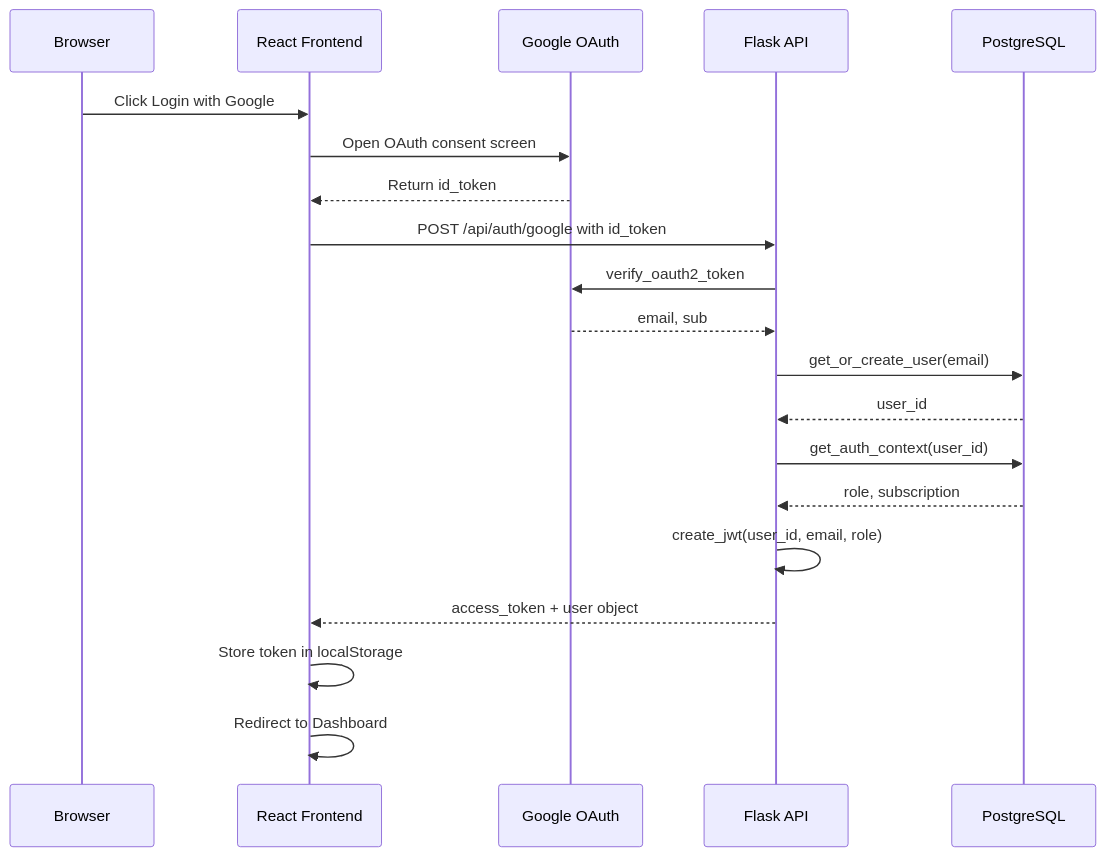
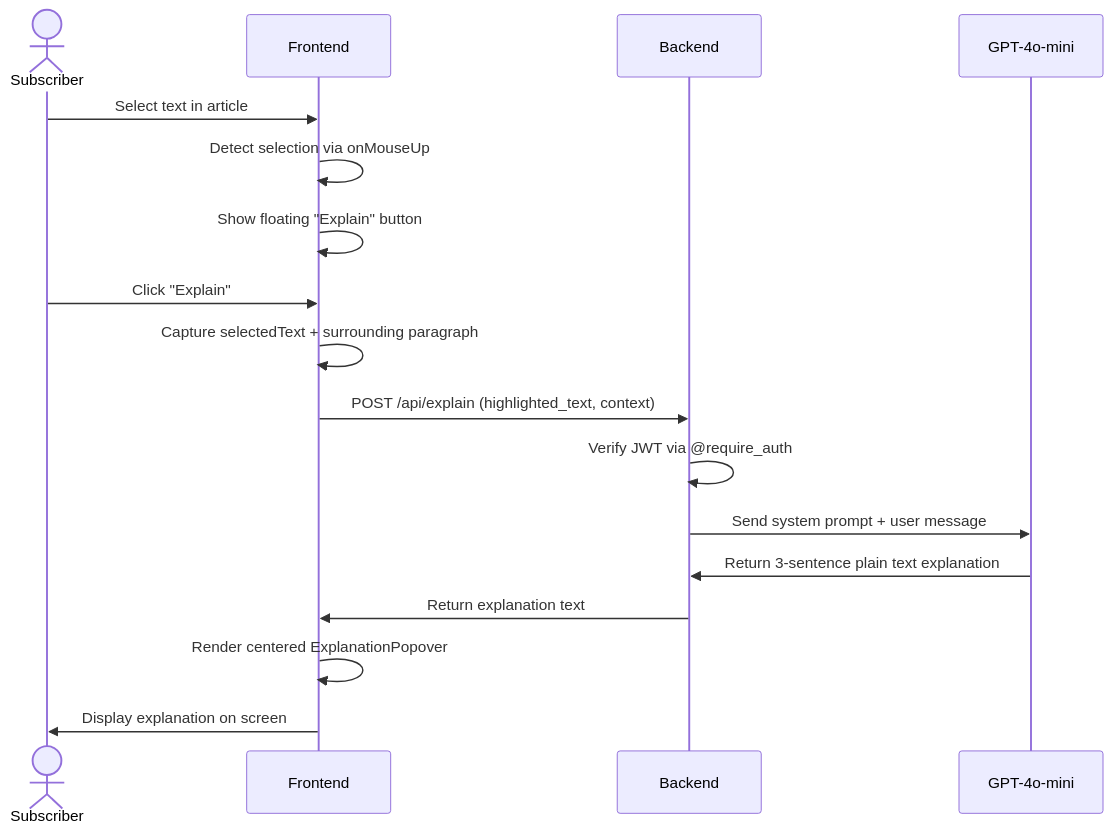
Before and after one commit to pradnyeshbhalekar/looplearn-fe: the tenth of 13 diagrams in blackbook.md, drawn with Mermaid. The commit also changed other lines of this file, not shown here.

````diff
--- a/blackbook.md
+++ b/blackbook.md
@@ -560,23 +1109,20 @@
 ```mermaid
 sequenceDiagram
-    participant User as Browser
-    participant FE as React Frontend
-    participant Google as Google OAuth
-    participant API as Flask API
-    participant DB as PostgreSQL
+    actor Subscriber
+    participant Frontend
+    participant Backend
+    participant GPT4oMini as GPT-4o-mini
 
-    User->>FE: Click Login with Google
-    FE->>Google: Open OAuth consent screen
-    Google-->>FE: Return id_token
-    FE->>API: POST /api/auth/google with id_token
-    API->>Google: verify_oauth2_token
-    Google-->>API: email, sub
-    API->>DB: get_or_create_user(email)
-    DB-->>API: user_id
-    API->>DB: get_auth_context(user_id)
-    DB-->>API: role, subscription
-    API->>API: create_jwt(user_id, email, role)
-    API-->>FE: access_token + user object
-    FE->>FE: Store token in localStorage
-    FE->>FE: Redirect to Dashboard
+    Subscriber->>Frontend: Select text in article
+    Frontend->>Frontend: Detect selection via onMouseUp
+    Frontend->>Frontend: Show floating "Explain" button
+    Subscriber->>Frontend: Click "Explain"
+    Frontend->>Frontend: Capture selectedText + surrounding paragraph
+    Frontend->>Backend: POST /api/explain (highlighted_text, context)
+    Backend->>Backend: Verify JWT via @require_auth
+    Backend->>GPT4oMini: Send system prompt + user message
+    GPT4oMini->>Backend: Return 3-sentence plain text explanation
+    Backend->>Frontend: Return explanation text
+    Frontend->>Frontend: Render centered ExplanationPopover
+    Frontend->>Subscriber: Display explanation on screen
 ```
````
